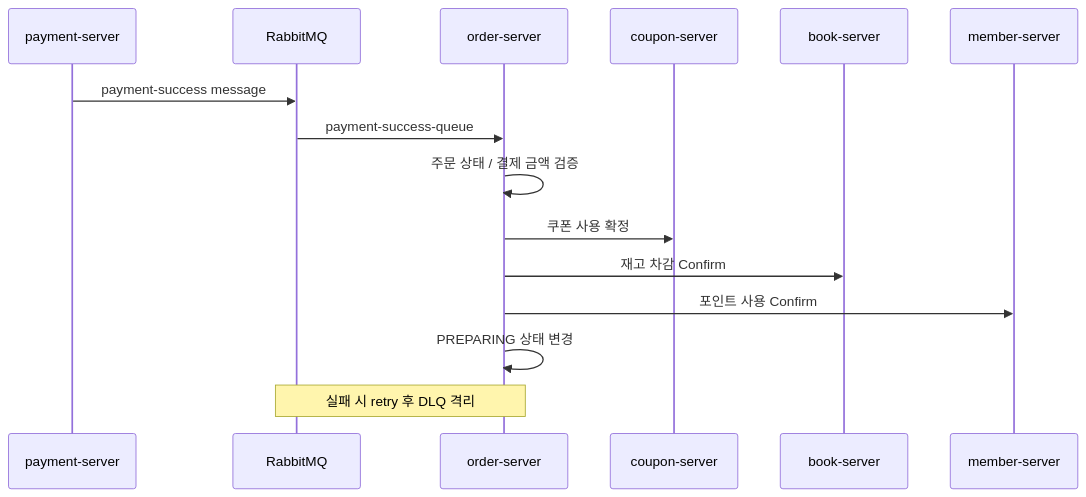
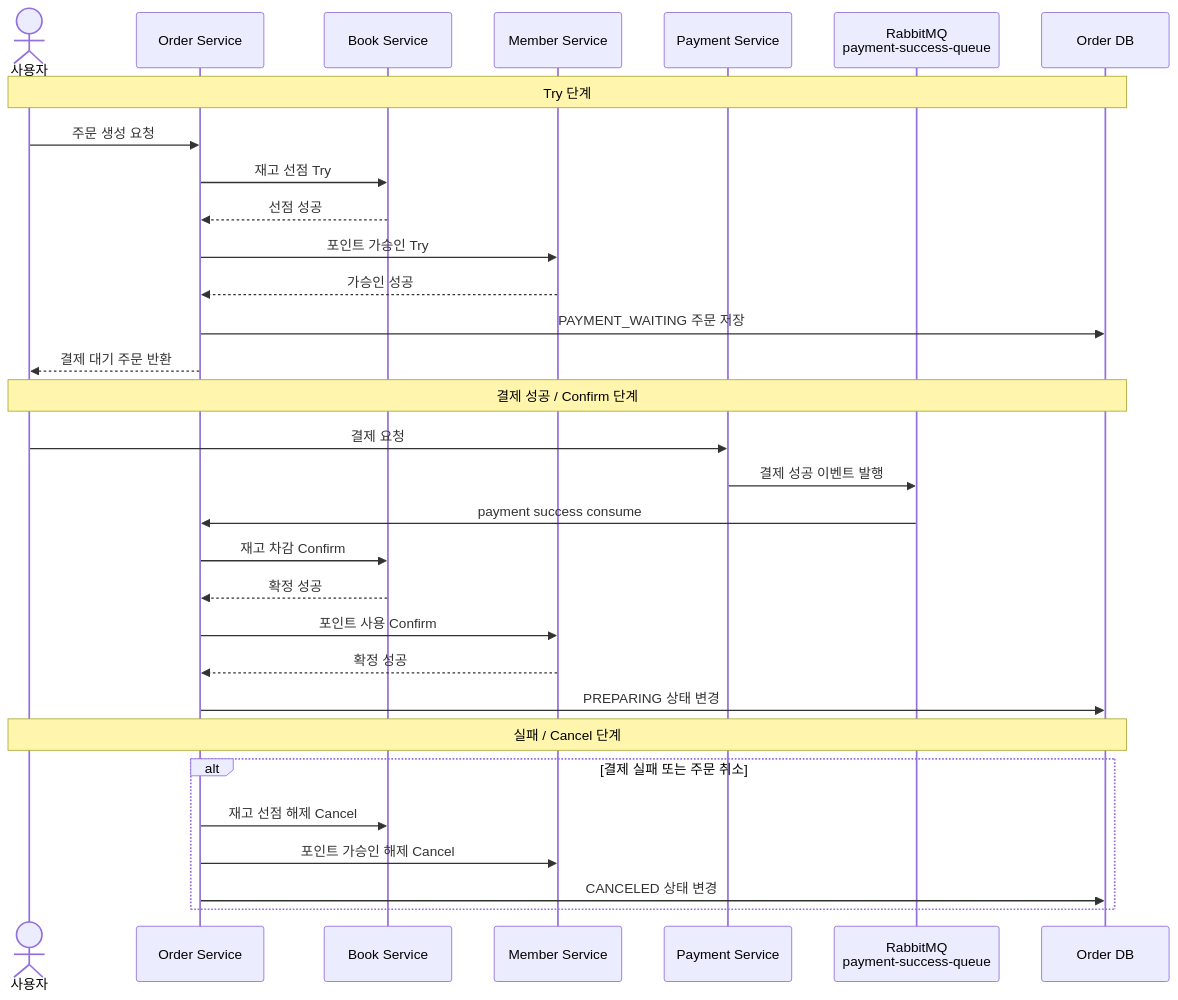
Before and after one commit to Sungw0o/HighFivebooks-V2: the diagram in README.md, drawn with Mermaid. The commit also changed other lines of this file, not shown here.

Commit message:
📝 docs: README를 BookTown 형식으로 정리

````diff
--- a/README.md
+++ b/README.md
@@ -136,18 +32,36 @@
 ```mermaid
 sequenceDiagram
-    participant P as payment-server
-    participant MQ as RabbitMQ
-    participant O as order-server
-    participant CP as coupon-server
-    participant B as book-server
-    participant M as member-server
+    actor User as 사용자
+    participant Order as Order Service
+    participant Book as Book Service
+    participant Member as Member Service
+    participant Payment as Payment Service
+    participant MQ as RabbitMQ<br/>payment-success-queue
+    participant DB as Order DB
 
-    P->>MQ: payment-success message
-    MQ->>O: payment-success-queue
-    O->>O: 주문 상태 / 결제 금액 검증
-    O->>CP: 쿠폰 사용 확정
-    O->>B: 재고 차감 Confirm
-    O->>M: 포인트 사용 Confirm
-    O->>O: PREPARING 상태 변경
-    Note over MQ,O: 실패 시 retry 후 DLQ 격리
+    Note over User,DB: Try 단계
+    User->>Order: 주문 생성 요청
+    Order->>Book: 재고 선점 Try
+    Book-->>Order: 선점 성공
+    Order->>Member: 포인트 가승인 Try
+    Member-->>Order: 가승인 성공
+    Order->>DB: PAYMENT_WAITING 주문 저장
+    Order-->>User: 결제 대기 주문 반환
+
+    Note over User,DB: 결제 성공 / Confirm 단계
+    User->>Payment: 결제 요청
+    Payment->>MQ: 결제 성공 이벤트 발행
+    MQ->>Order: payment success consume
+    Order->>Book: 재고 차감 Confirm
+    Book-->>Order: 확정 성공
+    Order->>Member: 포인트 사용 Confirm
+    Member-->>Order: 확정 성공
+    Order->>DB: PREPARING 상태 변경
+
+    Note over User,DB: 실패 / Cancel 단계
+    alt 결제 실패 또는 주문 취소
+        Order->>Book: 재고 선점 해제 Cancel
+        Order->>Member: 포인트 가승인 해제 Cancel
+        Order->>DB: CANCELED 상태 변경
+    end
 ```
````
